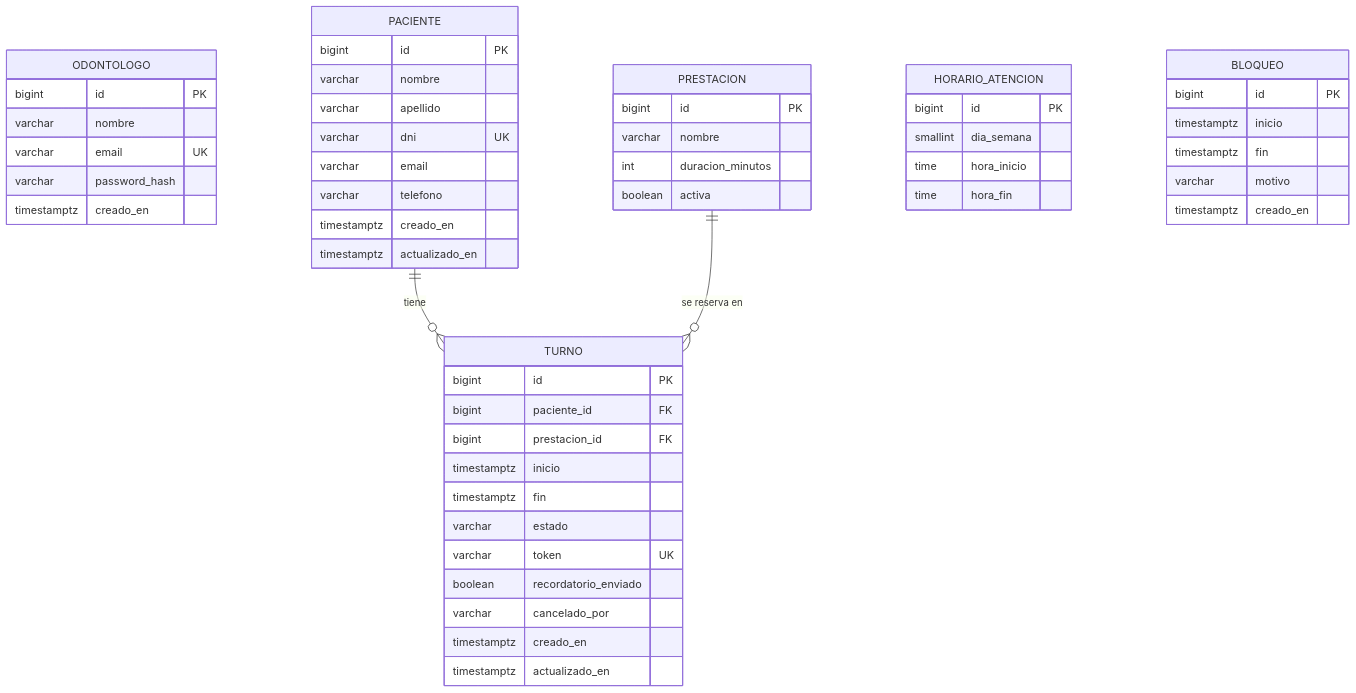
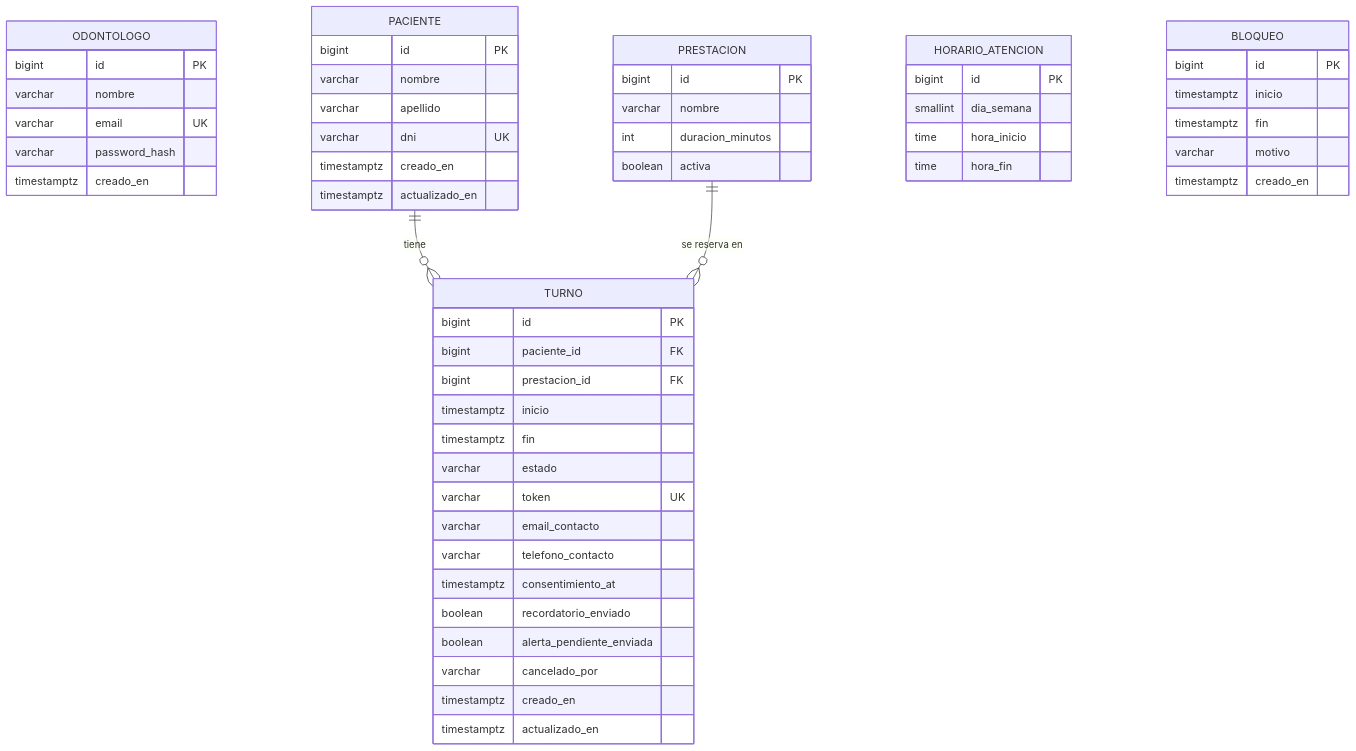
The first of 2 diagrams in knowledge-base/04_modelo_de_datos.md (ExeBernardon/turnos-odontologia-Bernardon), drawn with Mermaid before and after one commit. The commit also changed other lines of this file and 11 other files, not shown here.

````diff
--- a/knowledge-base/04_modelo_de_datos.md
+++ b/knowledge-base/04_modelo_de_datos.md
@@ -17,54 +19,56 @@
 ```mermaid
 erDiagram
     ODONTOLOGO {
         bigint id PK
         varchar nombre
         varchar email UK
         varchar password_hash
         timestamptz creado_en
     }
     PACIENTE {
         bigint id PK
         varchar nombre
         varchar apellido
         varchar dni UK
-        varchar email
-        varchar telefono
         timestamptz creado_en
         timestamptz actualizado_en
     }
     PRESTACION {
         bigint id PK
         varchar nombre
         int duracion_minutos
         boolean activa
     }
     HORARIO_ATENCION {
         bigint id PK
         smallint dia_semana
         time hora_inicio
         time hora_fin
     }
     BLOQUEO {
         bigint id PK
         timestamptz inicio
         timestamptz fin
         varchar motivo
         timestamptz creado_en
     }
     TURNO {
         bigint id PK
         bigint paciente_id FK
         bigint prestacion_id FK
         timestamptz inicio
         timestamptz fin
         varchar estado
         varchar token UK
+        varchar email_contacto
+        varchar telefono_contacto
+        timestamptz consentimiento_at
         boolean recordatorio_enviado
+        boolean alerta_pendiente_enviada
         varchar cancelado_por
         timestamptz creado_en
         timestamptz actualizado_en
     }
     PACIENTE ||--o{ TURNO : "tiene"
     PRESTACION ||--o{ TURNO : "se reserva en"
 ```
````
